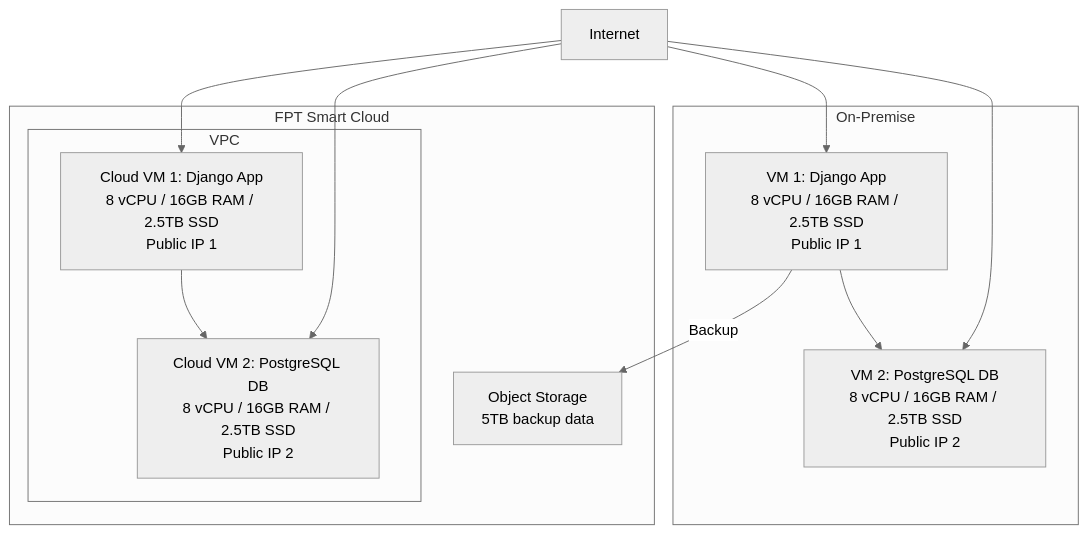
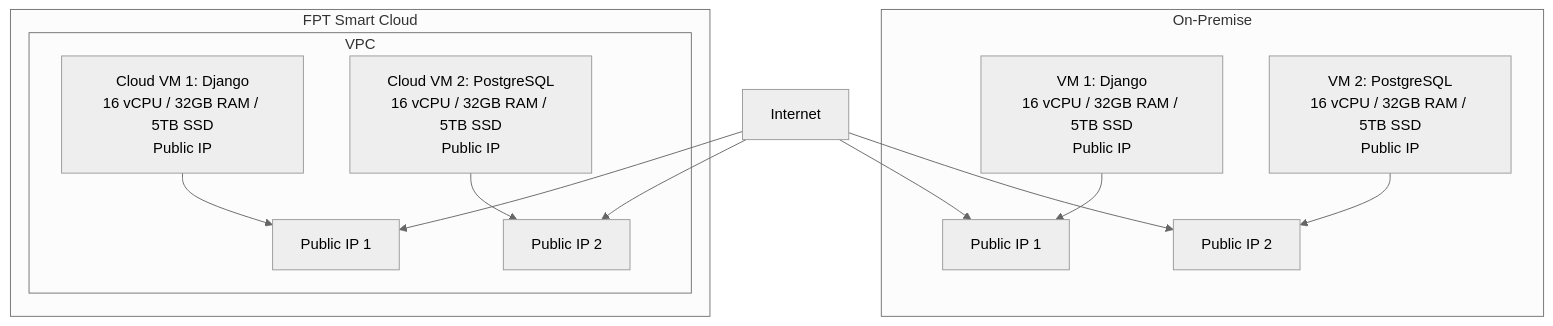
Before and after one commit to quangkhoi1228/cloud-solution-agents: the first of 2 diagrams in backend/workspace/2025_07_di_chuyen_he_thong_len_fpt_smart_cloud/final_proposal.md, drawn with Mermaid (neutral theme). The commit also changed other lines of this file and 353 other files, not shown here.

````diff
--- a/backend/workspace/2025_07_di_chuyen_he_thong_len_fpt_smart_cloud/final_proposal.md
+++ b/backend/workspace/2025_07_di_chuyen_he_thong_len_fpt_smart_cloud/final_proposal.md
@@ -18,20 +24,23 @@
 ```mermaid
 flowchart TB
     subgraph s1["On-Premise"]
-        OPVM1["VM 1: Django App<br>8 vCPU / 16GB RAM / 2.5TB SSD<br>Public IP 1"]
-        OPVM2["VM 2: PostgreSQL DB<br>8 vCPU / 16GB RAM / 2.5TB SSD<br>Public IP 2"]
+            OPVM1["VM 1: Django<br>16 vCPU / 32GB RAM / 5TB SSD<br>Public IP"]
+            OPVM2["VM 2: PostgreSQL<br>16 vCPU / 32GB RAM / 5TB SSD<br>Public IP"]
+            OPIP1["Public IP 1"]
+            OPIP2["Public IP 2"]
     end
     subgraph VPC["VPC"]
-        CloudVM1["Cloud VM 1: Django App<br>8 vCPU / 16GB RAM / 2.5TB SSD<br>Public IP 1"]
-        CloudVM2["Cloud VM 2: PostgreSQL DB<br>8 vCPU / 16GB RAM / 2.5TB SSD<br>Public IP 2"]
+            CloudVM1["Cloud VM 1: Django<br>16 vCPU / 32GB RAM / 5TB SSD<br>Public IP"]
+            CloudVM2["Cloud VM 2: PostgreSQL<br>16 vCPU / 32GB RAM / 5TB SSD<br>Public IP"]
+            CloudIP1["Public IP 1"]
+            CloudIP2["Public IP 2"]
     end
     subgraph subGraph2["FPT Smart Cloud"]
-        VPC
-        Storage["Object Storage<br>5TB backup data"]
+            VPC
     end
-        OPVM1 --> OPVM2
-        CloudVM1 --> CloudVM2
-        OPVM1 -- Backup --> Storage
-        InternetNode["Internet"] --> OPVM1 & CloudVM1
-        InternetNode --> OPVM2 & CloudVM2
+        OPVM1 --> OPIP1
+        OPVM2 --> OPIP2
+        CloudVM1 --> CloudIP1
+        CloudVM2 --> CloudIP2
+        InternetNode["Internet"] --> OPIP1 & OPIP2 & CloudIP1 & CloudIP2
 ```
````
